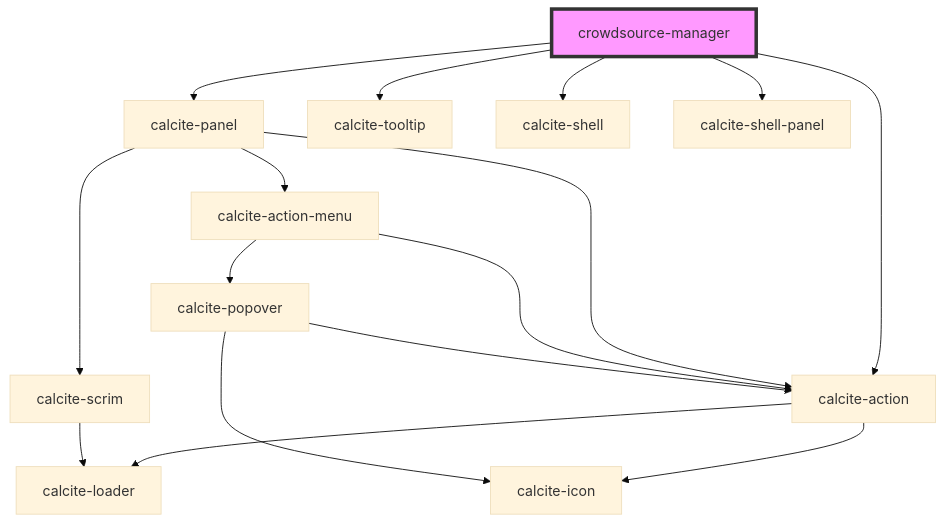
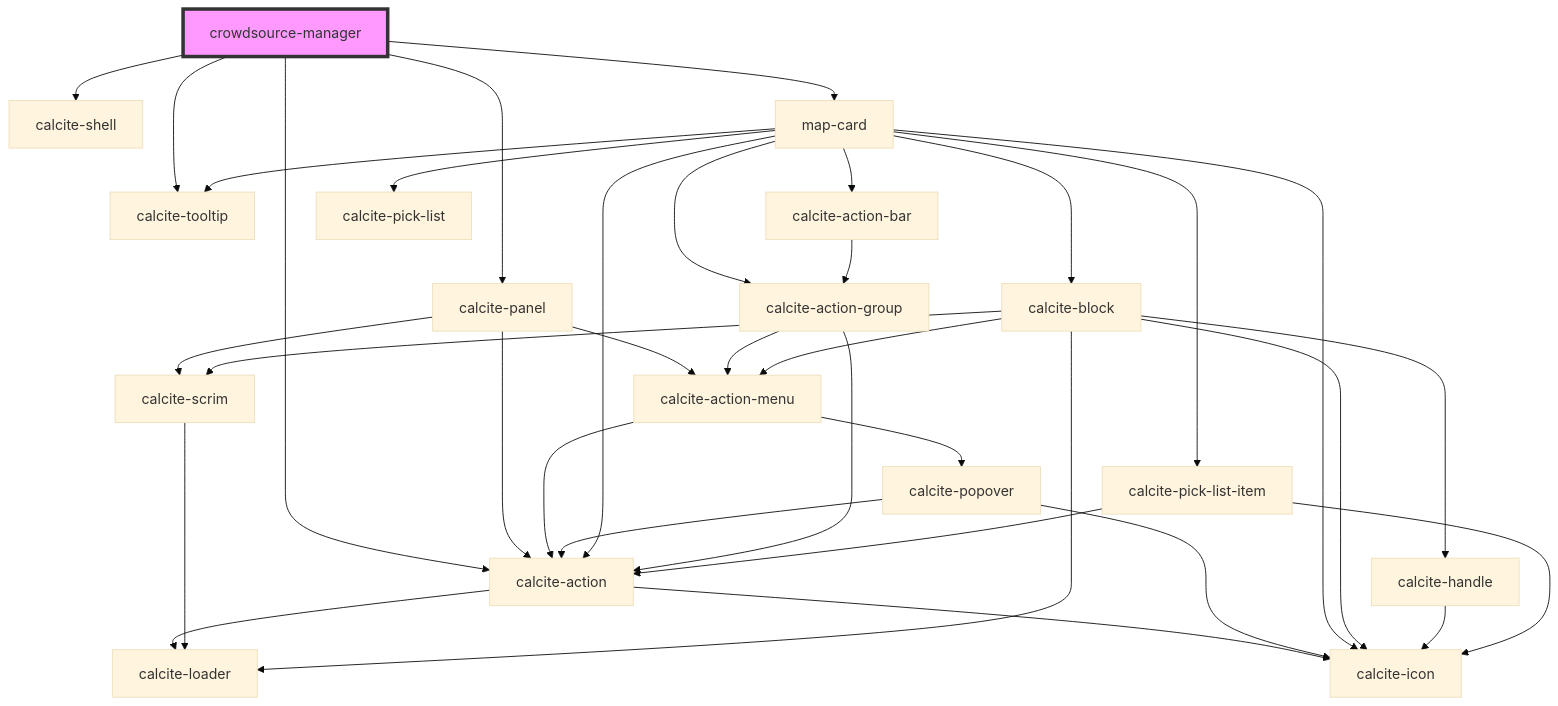
Before and after one commit to Esri/solutions-components: the diagram in src/components/crowdsource-manager/readme.md, drawn with Mermaid (base theme). The commit also changed other lines of this file and 6 other files, not shown here.

Commit message:
add map-card basics to manager

````diff
--- a/src/components/crowdsource-manager/readme.md
+++ b/src/components/crowdsource-manager/readme.md
@@ -19,19 +26,38 @@
 ```mermaid
 graph TD;
   crowdsource-manager --> calcite-panel
   crowdsource-manager --> calcite-action
   crowdsource-manager --> calcite-tooltip
   crowdsource-manager --> calcite-shell
-  crowdsource-manager --> calcite-shell-panel
+  crowdsource-manager --> map-card
   calcite-panel --> calcite-action
   calcite-panel --> calcite-action-menu
   calcite-panel --> calcite-scrim
   calcite-action --> calcite-loader
   calcite-action --> calcite-icon
   calcite-action-menu --> calcite-action
   calcite-action-menu --> calcite-popover
   calcite-popover --> calcite-action
   calcite-popover --> calcite-icon
   calcite-scrim --> calcite-loader
+  map-card --> calcite-action-bar
+  map-card --> calcite-action-group
+  map-card --> calcite-action
+  map-card --> calcite-icon
+  map-card --> calcite-tooltip
+  map-card --> calcite-block
+  map-card --> calcite-pick-list
+  map-card --> calcite-pick-list-item
+  calcite-action-bar --> calcite-action-group
+  calcite-action-group --> calcite-action-menu
+  calcite-action-group --> calcite-action
+  calcite-block --> calcite-scrim
+  calcite-block --> calcite-icon
+  calcite-block --> calcite-handle
+  calcite-block --> calcite-loader
+  calcite-block --> calcite-action-menu
+  calcite-handle --> calcite-icon
+  calcite-pick-list-item --> calcite-icon
+  calcite-pick-list-item --> calcite-action
   style crowdsource-manager fill:#f9f,stroke:#333,stroke-width:4px
 ```
````
